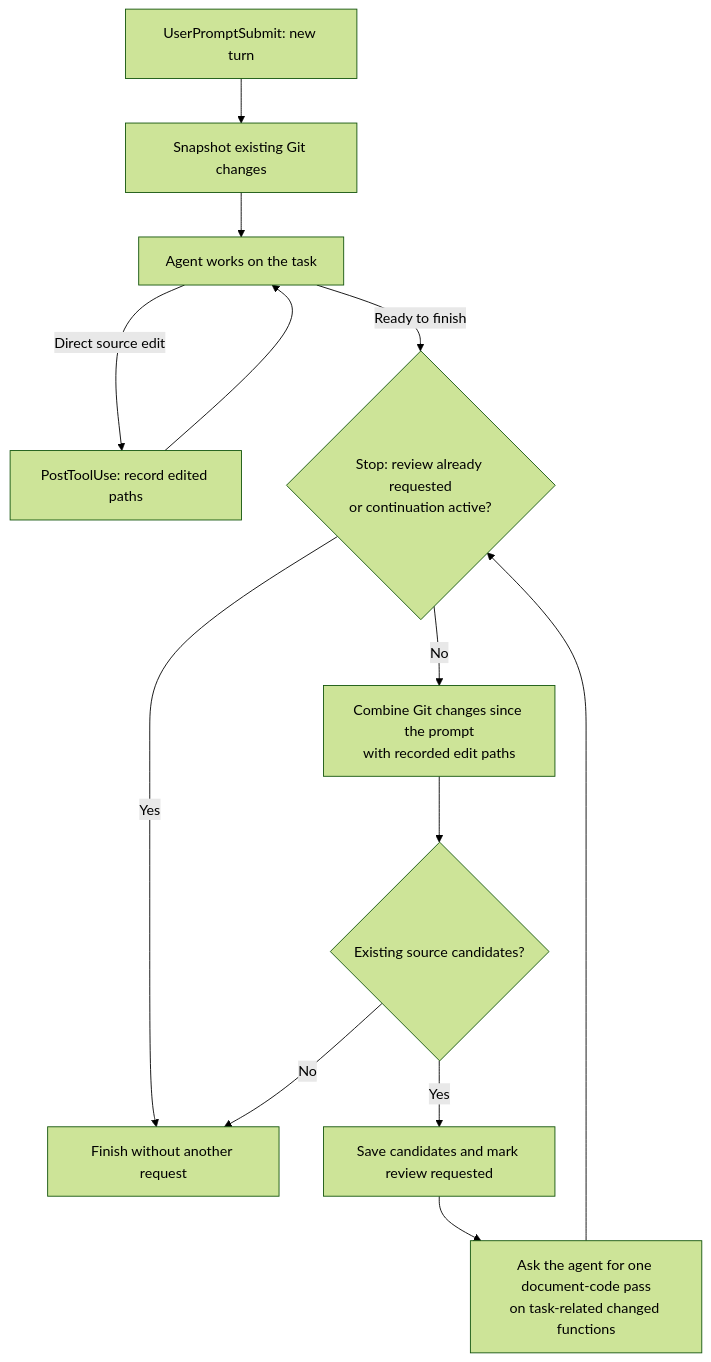
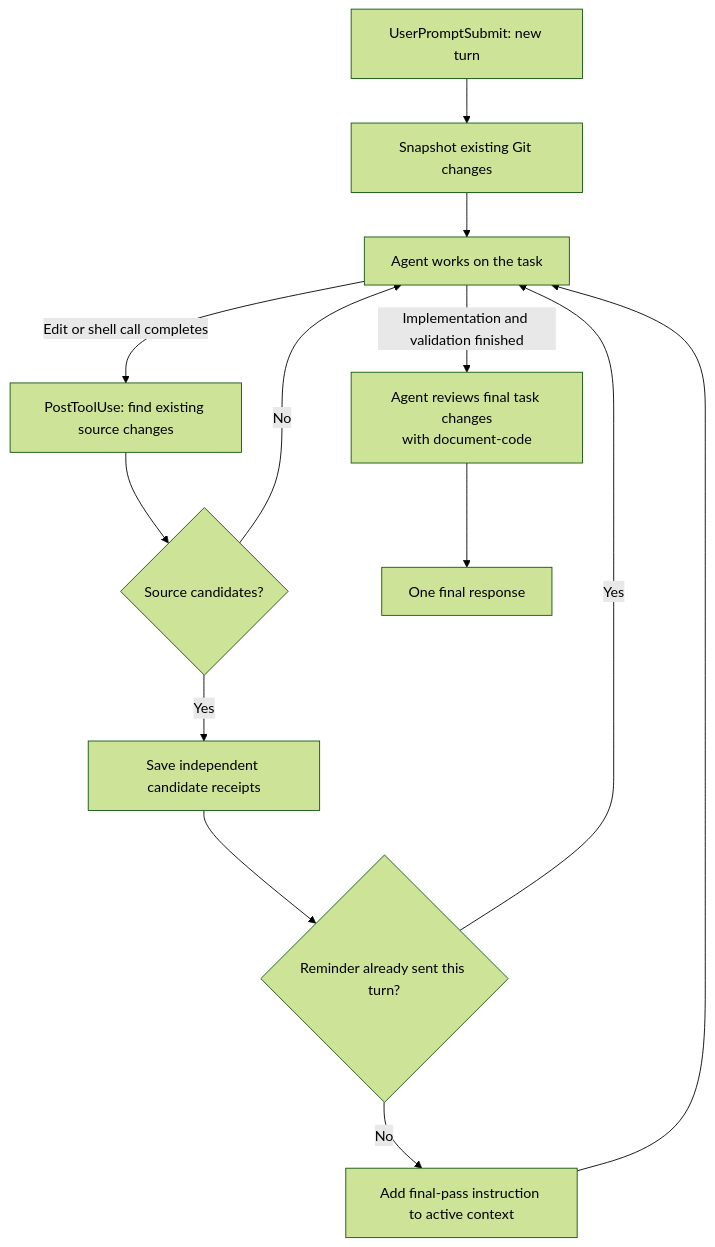
One commit to anthonyandrei/readable-code changed the diagram in README.md. Above: the diagram before and after it, drawn with Mermaid (forest theme). The commit also changed other lines of this file and 5 other files, not shown here.

Commit message:
Update document-code reminder hooks

````diff
--- a/README.md
+++ b/README.md
@@ -112,15 +112,15 @@
 ```mermaid
 flowchart TD
     Prompt["UserPromptSubmit: new turn"] --> Baseline["Snapshot existing Git changes"]
     Baseline --> Work["Agent works on the task"]
-    Work -->|Direct source edit| Record["PostToolUse: record edited paths"]
-    Record --> Work
-    Work -->|Ready to finish| Stop{"Stop: review already requested<br/>or continuation active?"}
-    Stop -->|Yes| Finish["Finish without another request"]
-    Stop -->|No| Compare["Combine Git changes since the prompt<br/>with recorded edit paths"]
-    Compare --> Candidates{"Existing source candidates?"}
-    Candidates -->|No| Finish
-    Candidates -->|Yes| Request["Save candidates and mark review requested"]
-    Request --> Review["Ask the agent for one document-code pass<br/>on task-related changed functions"]
-    Review --> Stop
+    Work -->|Edit or shell call completes| Compare["PostToolUse: find existing source changes"]
+    Compare --> Candidates{"Source candidates?"}
+    Candidates -->|No| Work
+    Candidates -->|Yes| Record["Save independent candidate receipts"]
+    Record --> Requested{"Reminder already sent this turn?"}
+    Requested -->|Yes| Work
+    Requested -->|No| Remind["Add final-pass instruction to active context"]
+    Remind --> Work
+    Work -->|Implementation and validation finished| Review["Agent reviews final task changes<br/>with document-code"]
+    Review --> Finish["One final response"]
 ```
````
